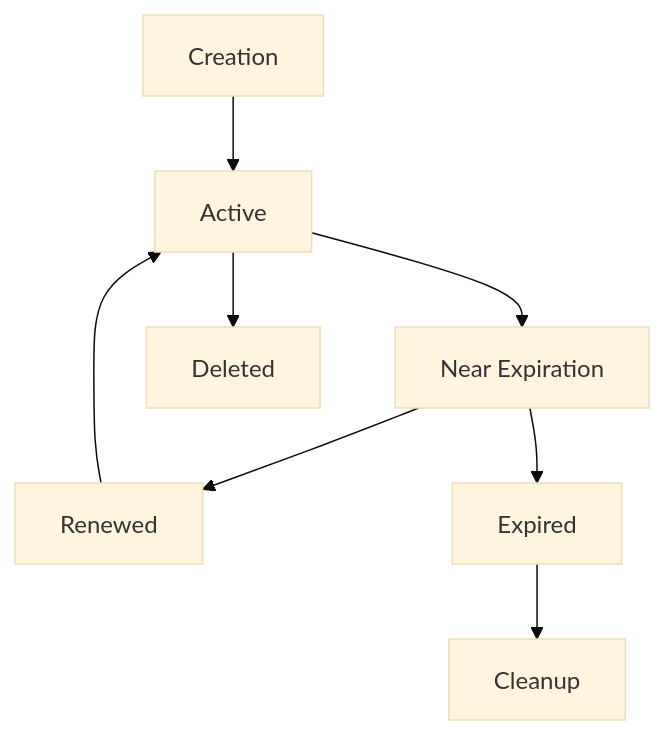
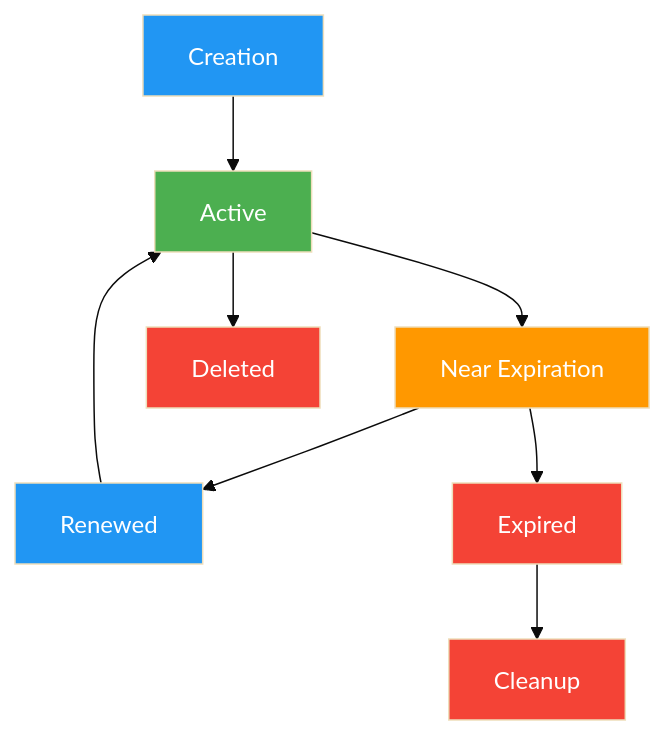
The diagram in runtime/sessions.mdx (elizaOS/docs), drawn with Mermaid (base theme) before and after one commit. The commit also changed 10 other files, not shown here.

Commit message:
improve mermaids

````diff
--- a/runtime/sessions.mdx
+++ b/runtime/sessions.mdx
@@ -93,10 +93,20 @@
 ```mermaid
-graph TD
+flowchart TD
     Create[Creation] --> Active[Active]
     Active --> Warning[Near Expiration]
     Warning --> Renewed[Renewed]
     Warning --> Expired[Expired]
     Renewed --> Active
     Active --> Deleted[Deleted]
     Expired --> Cleanup[Cleanup]
+    
+    classDef active fill:#4caf50,color:#fff
+    classDef warning fill:#ff9800,color:#fff
+    classDef ended fill:#f44336,color:#fff
+    classDef transition fill:#2196f3,color:#fff
+    
+    class Create,Renewed transition
+    class Active active
+    class Warning warning
+    class Expired,Deleted,Cleanup ended
 ```
````
